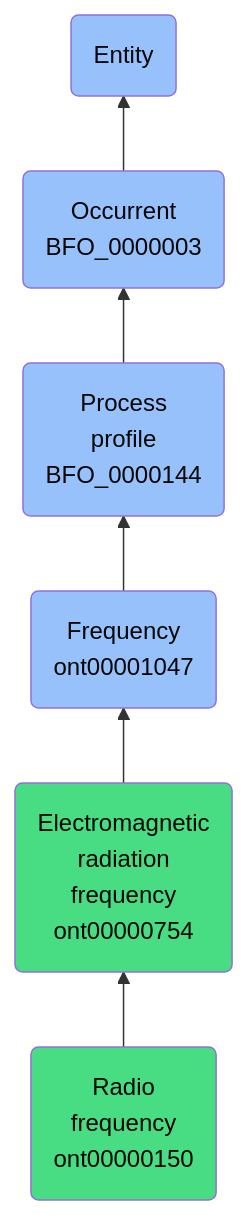
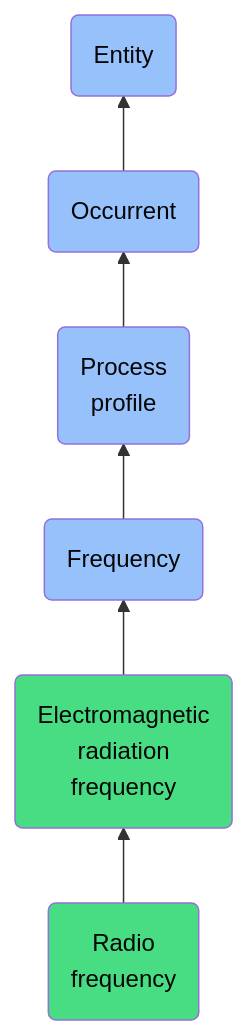
Before and after one commit to jupyter-naas/abi: the diagram in docs/ontology/reference/model/Entity/Occurrent/Process profile/Frequency/Electromagnetic radiation frequency/Radio frequency/Radio frequency.md, drawn with Mermaid. The commit also changed other lines of this file and 1430 other files, not shown here.

````diff
--- a/docs/ontology/reference/model/Entity/Occurrent/Process profile/Frequency/Electromagnetic radiation frequency/Radio frequency/Radio frequency.md
+++ b/docs/ontology/reference/model/Entity/Occurrent/Process profile/Frequency/Electromagnetic radiation frequency/Radio frequency/Radio frequency.md
@@ -24,13 +24,13 @@
 ```mermaid
 graph BT
-    ont00000150(Radio<br>frequency<br>ont00000150):::ABI-->ont00000754
-    ont00000754(Electromagnetic<br>radiation<br>frequency<br>ont00000754):::ABI-->ont00001047
-    ont00001047(Frequency<br>ont00001047):::BFO-->BFO_0000144
-    BFO_0000144(Process<br>profile<br>BFO_0000144):::BFO-->BFO_0000003
-    BFO_0000003(Occurrent<br>BFO_0000003):::BFO-->BFO_0000001
+    ont00000150(Radio<br>frequency):::ABI-->ont00000754
+    ont00000754(Electromagnetic<br>radiation<br>frequency):::ABI-->ont00001047
+    ont00001047(Frequency):::BFO-->BFO_0000144
+    BFO_0000144(Process<br>profile):::BFO-->BFO_0000003
+    BFO_0000003(Occurrent):::BFO-->BFO_0000001
     BFO_0000001(Entity):::BFO
     
     classDef BFO fill:#97c1fb,color:#060606
     classDef CCO fill:#e4c51e,color:#060606
     classDef ABI fill:#48DD82,color:#060606
 ```
````
